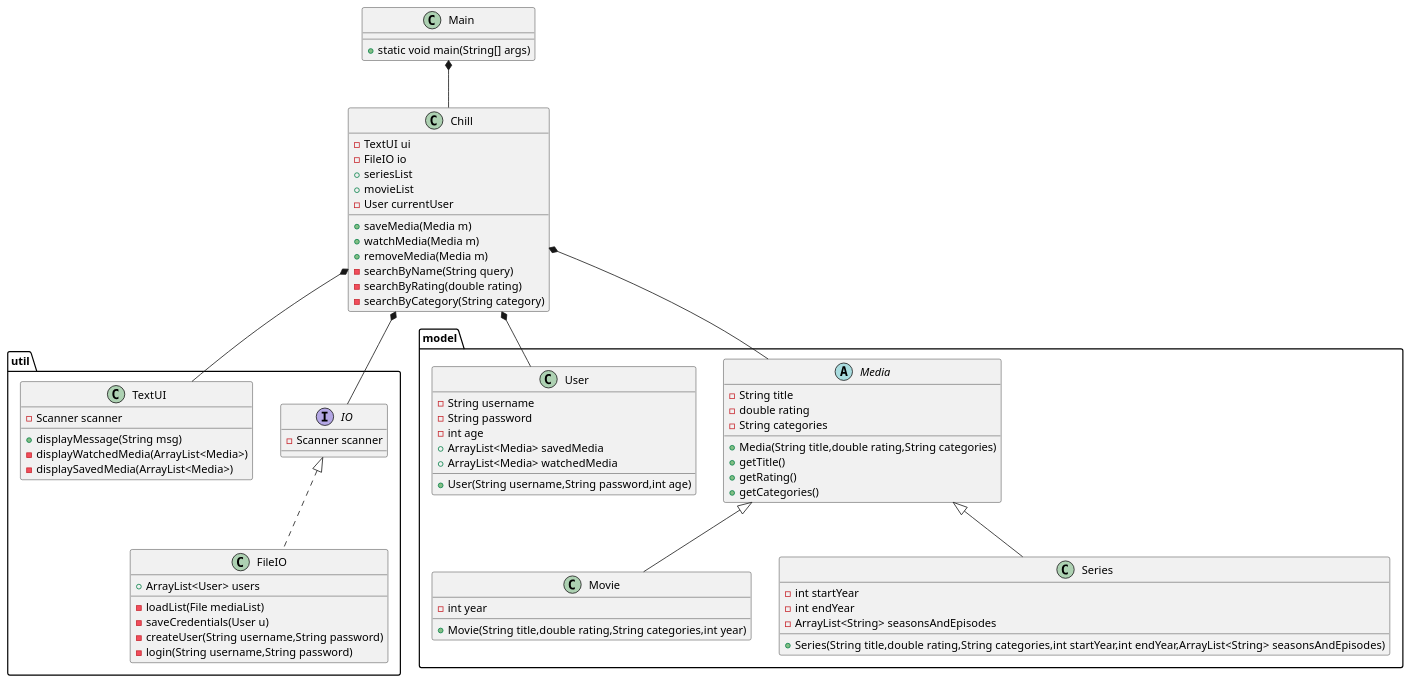
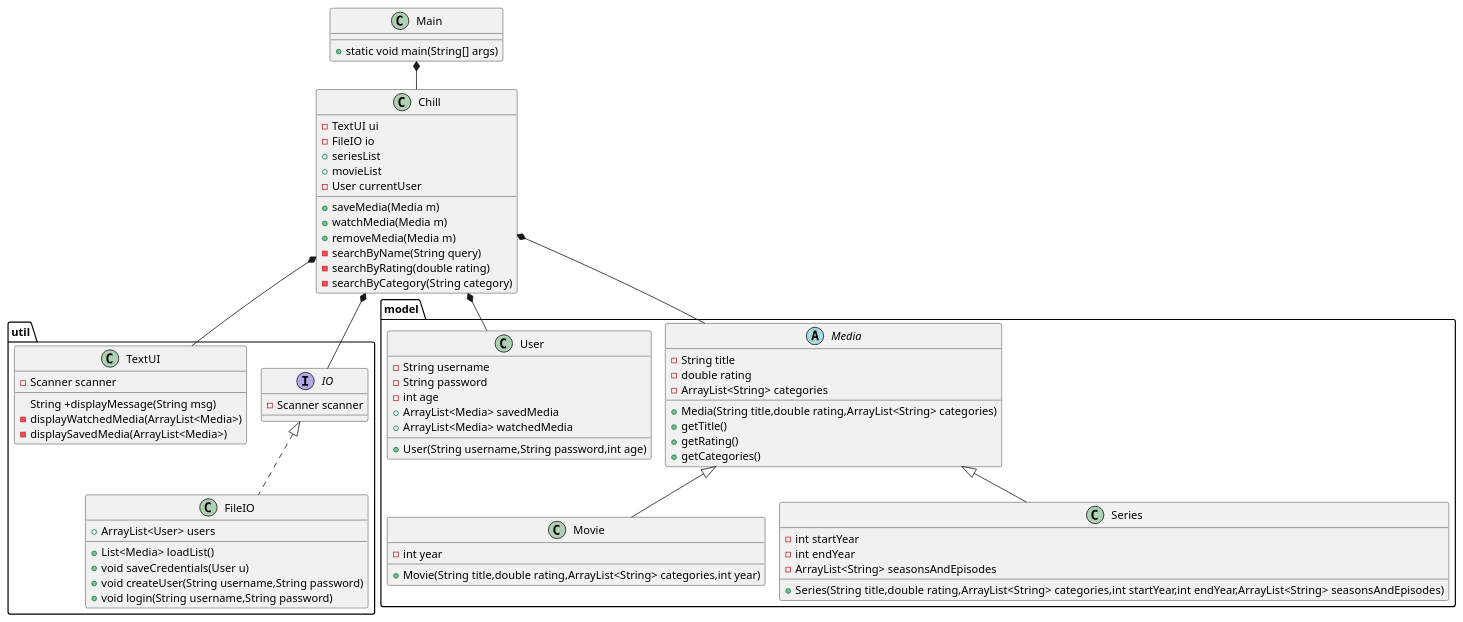
Before and after one commit to Magnewei/SP3: the diagram in doc/Class.puml, drawn with PlantUML. The commit also changed 8 other files, not shown here.

Commit message:
-Implemeted loadSeries & loadMovies.

```diff
--- a/doc/Class.puml
+++ b/doc/Class.puml
@@ -1,83 +1,84 @@
 @startuml
 'https://plantuml.com/class-diagram
+!pragma layout smetana
 
 class Main{
     +static void main(String[] args)
 }
 
 class Chill{
     -TextUI ui
     -FileIO io
     +seriesList
     +movieList
     -User currentUser
     +saveMedia(Media m)
     +watchMedia(Media m)
     +removeMedia(Media m)
     -searchByName(String query)
     -searchByRating(double rating)
     -searchByCategory(String category)
 }
 
 package "util"{
     Interface IO{
         -Scanner scanner
     }
 
     class FileIO implements IO{
         +ArrayList<User> users
-        -loadList(File mediaList)
-        -saveCredentials(User u)
-        -createUser(String username,String password)
-        -login(String username,String password)
+        +List<Media> loadList()
+        +void saveCredentials(User u)
+        +void createUser(String username,String password)
+        +void login(String username,String password)
     }
 
     class TextUI{
         -Scanner scanner
-        +displayMessage(String msg)
+        String +displayMessage(String msg)
         -displayWatchedMedia(ArrayList<Media>)
         -displaySavedMedia(ArrayList<Media>)
     }
 }
 
 package "model"{
     abstract class Media{
         -String title
         -double rating
-        -String categories
-        +Media(String title,double rating,String categories)
+        -ArrayList<String> categories
+        +Media(String title,double rating,ArrayList<String> categories)
         +getTitle()
         +getRating()
         +getCategories()
     }
 
     class Movie extends Media{
         -int year
-        +Movie(String title,double rating,String categories,int year)
+        +Movie(String title,double rating,ArrayList<String> categories,int year)
     }
 
     class Series extends Media{
         -int startYear
         -int endYear
         -ArrayList<String> seasonsAndEpisodes
-        +Series(String title,double rating,String categories,int startYear,int endYear,ArrayList<String> seasonsAndEpisodes)
+        +Series(String title,double rating,ArrayList<String> categories,int startYear,int endYear,ArrayList<String> seasonsAndEpisodes)
     }
 
     class User{
         -String username
         -String password
         -int age
         +ArrayList<Media> savedMedia
         +ArrayList<Media> watchedMedia
         +User(String username,String password,int age)
     }
 }
 
 Main *-- Chill
 Chill *-- TextUI
 Chill *-- User
 Chill *-- Media
 Chill *-- IO
 
 
 @enduml
```
